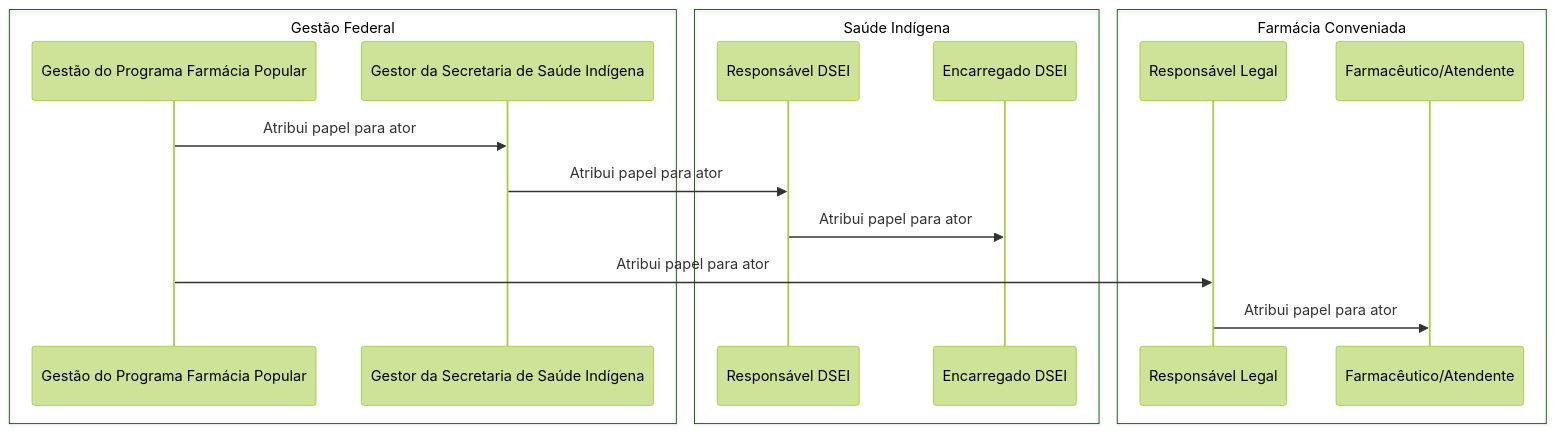
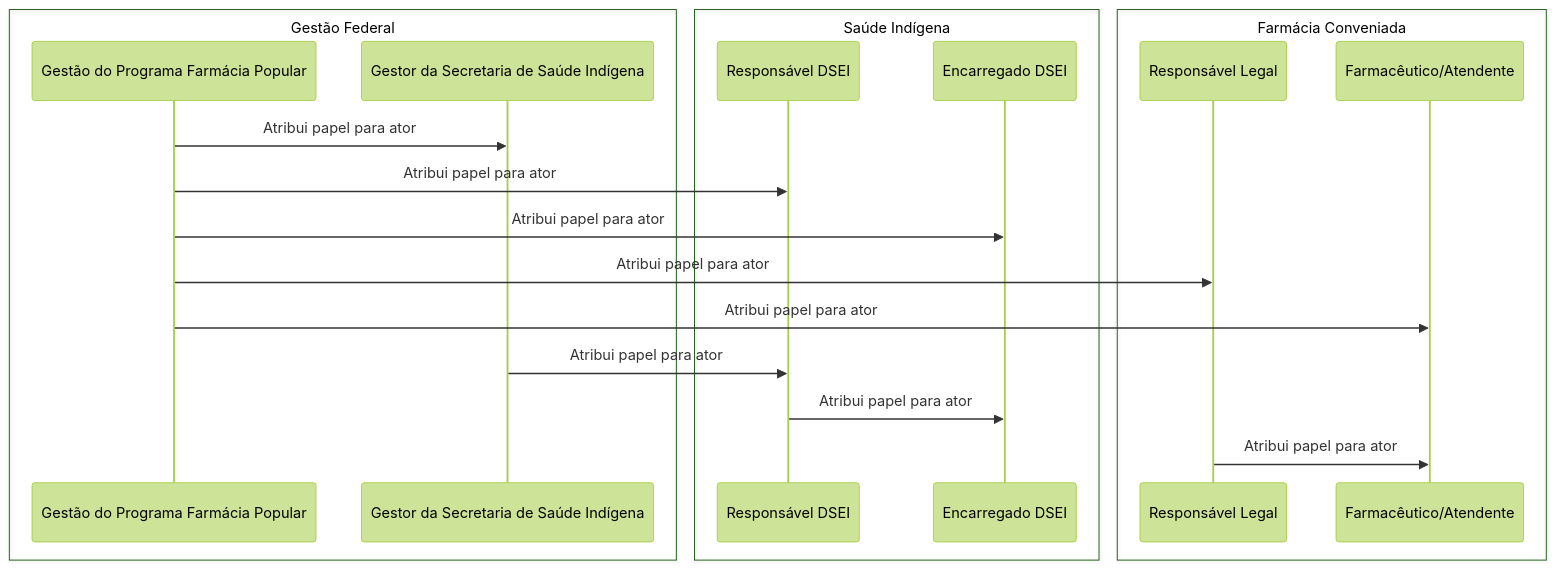
The first of 4 diagrams in docsFpbpo/docs/pifpbpo/PIFPBPO002.md (projeto-af/fpbpo-documentation), drawn with Mermaid before and after one commit. The commit also changed other lines of this file and 2 other files, not shown here.

````diff
--- a/docsFpbpo/docs/pifpbpo/PIFPBPO002.md
+++ b/docsFpbpo/docs/pifpbpo/PIFPBPO002.md
@@ -37,23 +38,26 @@
 ```mermaid
 %%{
   init: { 'theme': 'forest' }
 }%%
     sequenceDiagram
         box Gestão Federal
             participant Gestão do Programa Farmácia Popular
             participant Gestor da Secretaria de Saúde Indígena
         end
         box Saúde Indígena
             participant Responsável DSEI
             participant Encarregado DSEI
         end
         box Farmácia Conveniada
             participant Responsável Legal
             participant Farmacêutico/Atendente
         end
         Gestão do Programa Farmácia Popular->>Gestor da Secretaria de Saúde Indígena: Atribui papel para ator
+        Gestão do Programa Farmácia Popular->>Responsável DSEI: Atribui papel para ator
+        Gestão do Programa Farmácia Popular->>Encarregado DSEI: Atribui papel para ator
+        Gestão do Programa Farmácia Popular->>Responsável Legal: Atribui papel para ator
+        Gestão do Programa Farmácia Popular->>Farmacêutico/Atendente: Atribui papel para ator
         Gestor da Secretaria de Saúde Indígena->>Responsável DSEI: Atribui papel para ator
         Responsável DSEI->>Encarregado DSEI: Atribui papel para ator
-        Gestão do Programa Farmácia Popular->>Responsável Legal: Atribui papel para ator
         Responsável Legal->>Farmacêutico/Atendente: Atribui papel para ator
 ```
````
